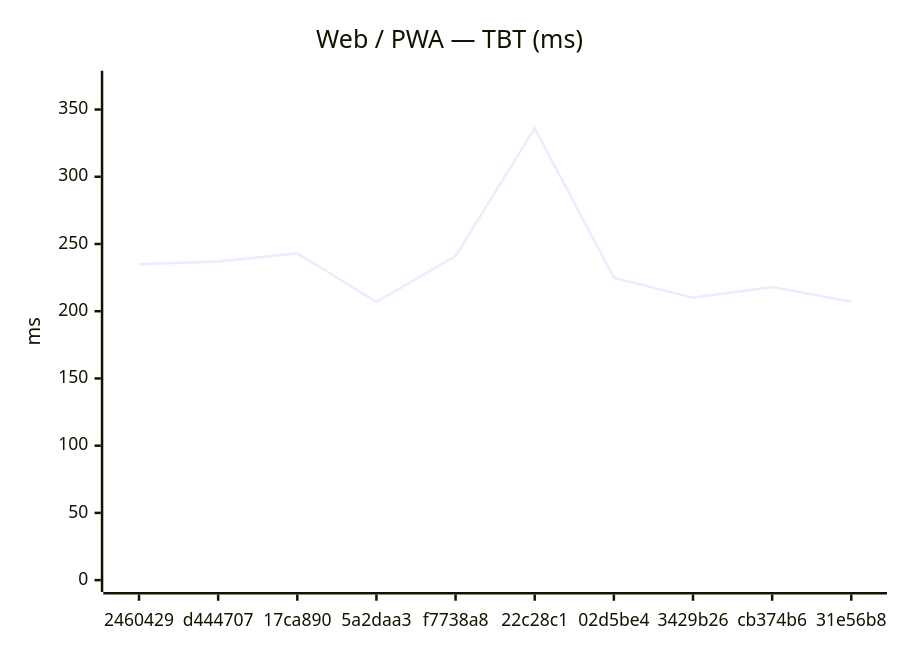
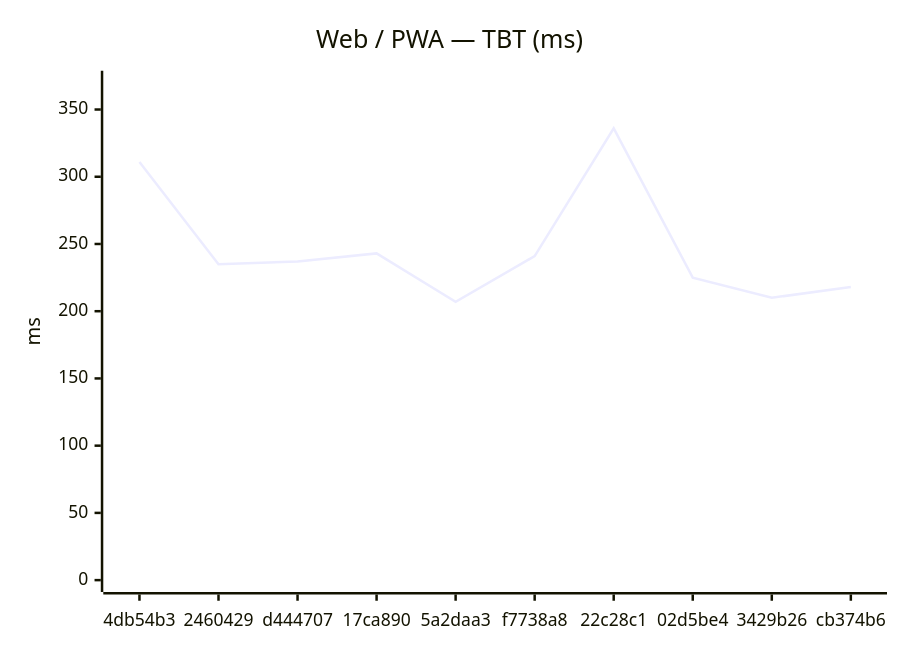
Before and after one commit to Metaheurist/Rianell: the second of 18 diagrams in benchmarks/compare.md, drawn with Mermaid. The commit also changed other lines of this file and 11 other files, not shown here.

````diff
--- a/benchmarks/compare.md
+++ b/benchmarks/compare.md
@@ -31,7 +31,7 @@
 ```mermaid
 xychart-beta
     title "Web / PWA — TBT (ms)"
-    x-axis ["2460429", "d444707", "17ca890", "5a2daa3", "f7738a8", "22c28c1", "02d5be4", "3429b26", "cb374b6", "31e56b8"]
+    x-axis ["4db54b3", "2460429", "d444707", "17ca890", "5a2daa3", "f7738a8", "22c28c1", "02d5be4", "3429b26", "cb374b6"]
     y-axis "ms" 0 --> 370
-    line [235, 237, 243, 207, 241, 336, 225, 210, 218, 207]
+    line [311, 235, 237, 243, 207, 241, 336, 225, 210, 218]
 ```
````
